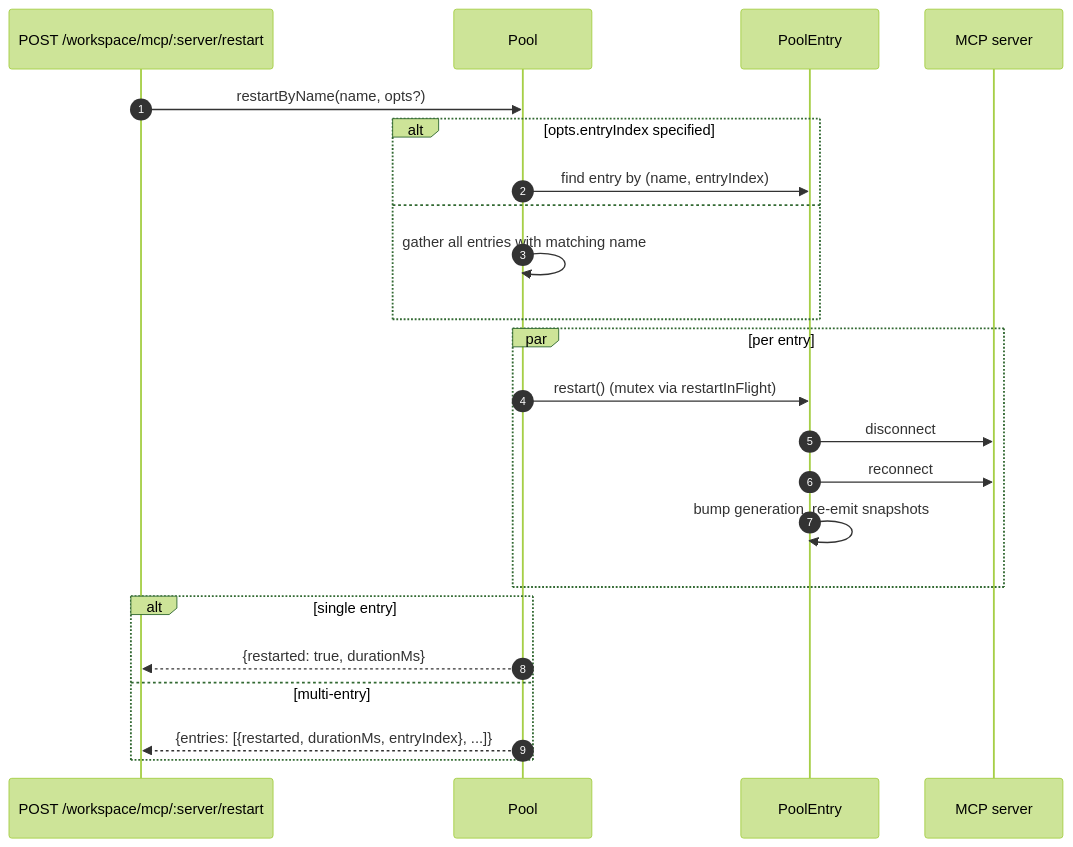
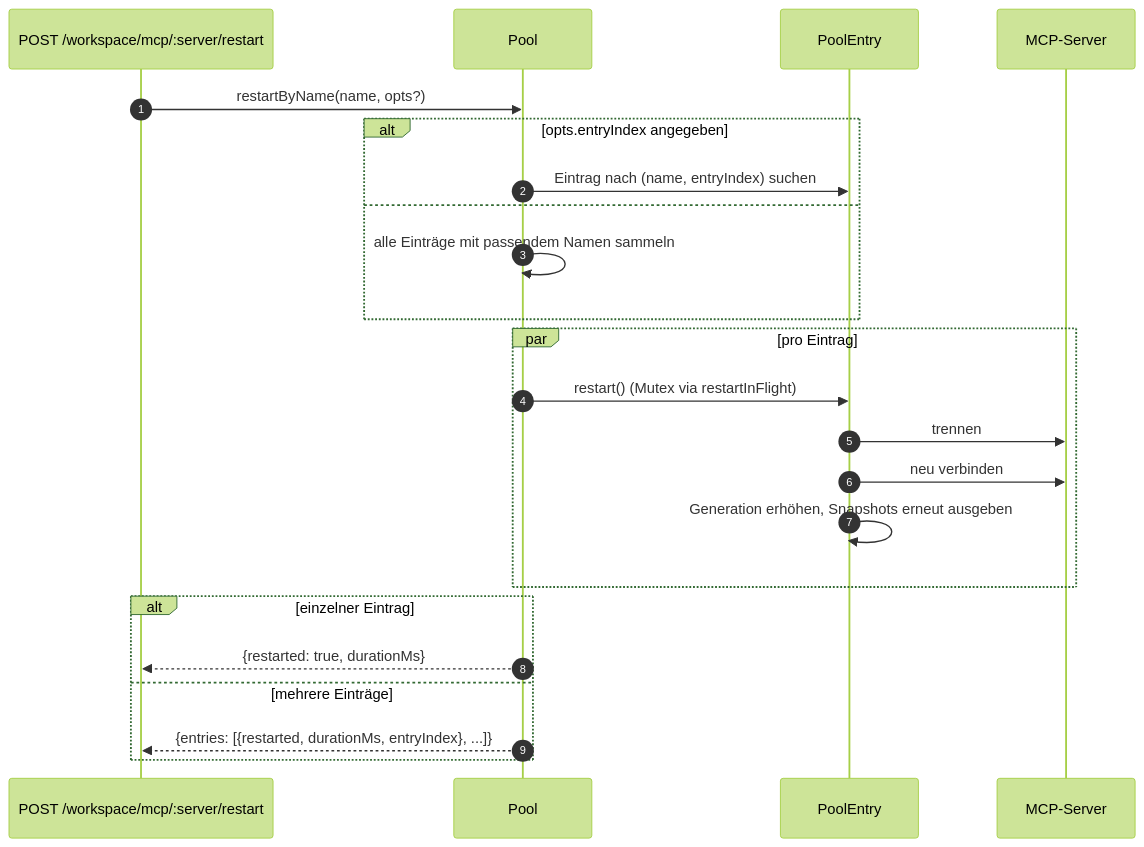
One commit to QwenLM/qwen-code-docs changed the third of 4 diagrams in website/content/de/developers/daemon/05-mcp-transport-pool.md. Above: the diagram before and after it, drawn with Mermaid (forest theme). The commit also changed other lines of this file and 1077 other files, not shown here.

````diff
--- a/website/content/de/developers/daemon/05-mcp-transport-pool.md
+++ b/website/content/de/developers/daemon/05-mcp-transport-pool.md
@@ -174,26 +175,26 @@
 ```mermaid
 sequenceDiagram
     autonumber
     participant Op as POST /workspace/mcp/:server/restart
     participant P as Pool
     participant E as PoolEntry
-    participant SRV as MCP server
+    participant SRV as MCP-Server
 
     Op->>P: restartByName(name, opts?)
-    alt opts.entryIndex specified
-        P->>E: find entry by (name, entryIndex)
+    alt opts.entryIndex angegeben
+        P->>E: Eintrag nach (name, entryIndex) suchen
     else
-        P->>P: gather all entries with matching name
+        P->>P: alle Einträge mit passendem Namen sammeln
     end
-    par per entry
-        P->>E: restart() (mutex via restartInFlight)
-        E->>SRV: disconnect
-        E->>SRV: reconnect
-        E->>E: bump generation, re-emit snapshots
+    par pro Eintrag
+        P->>E: restart() (Mutex via restartInFlight)
+        E->>SRV: trennen
+        E->>SRV: neu verbinden
+        E->>E: Generation erhöhen, Snapshots erneut ausgeben
     end
-    alt single entry
+    alt einzelner Eintrag
         P-->>Op: {restarted: true, durationMs}
-    else multi-entry
+    else mehrere Einträge
         P-->>Op: {entries: [{restarted, durationMs, entryIndex}, ...]}
     end
 ```
````
